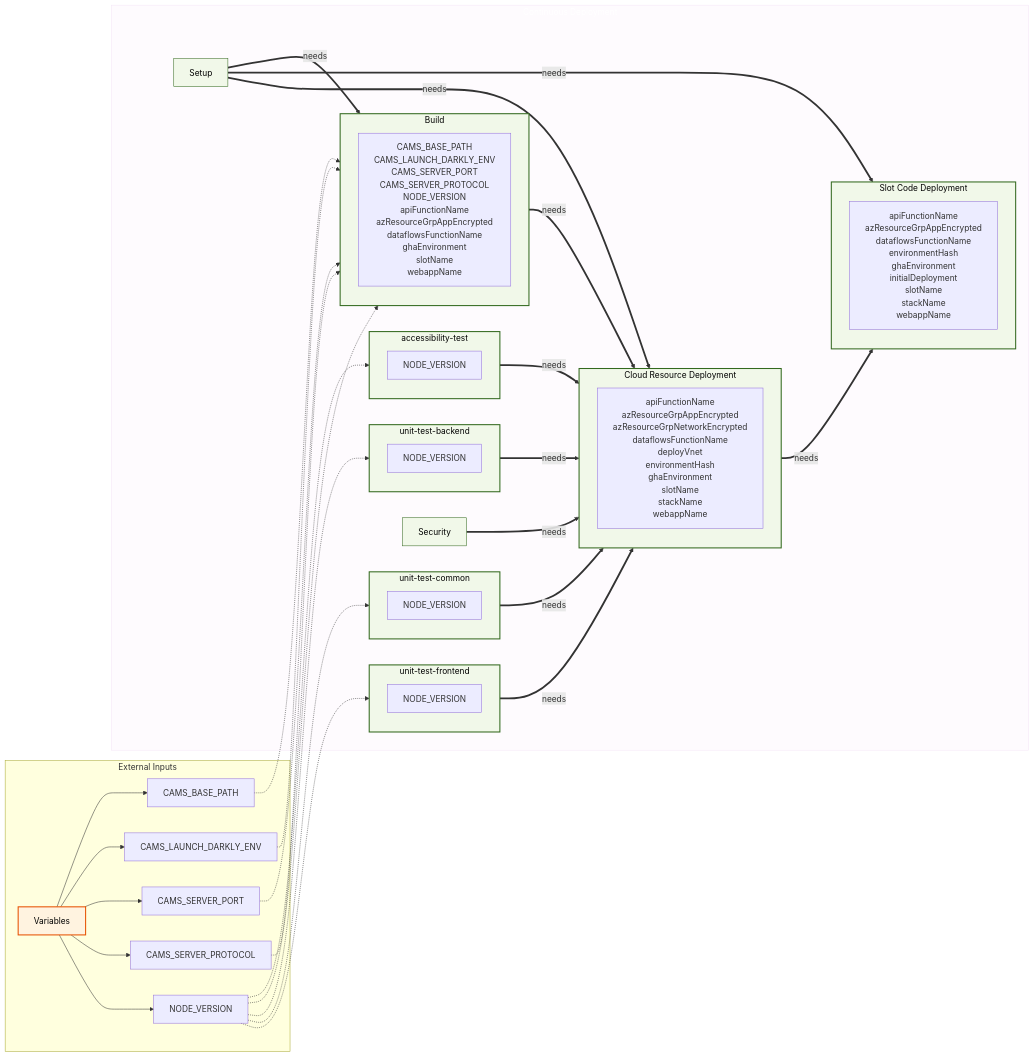
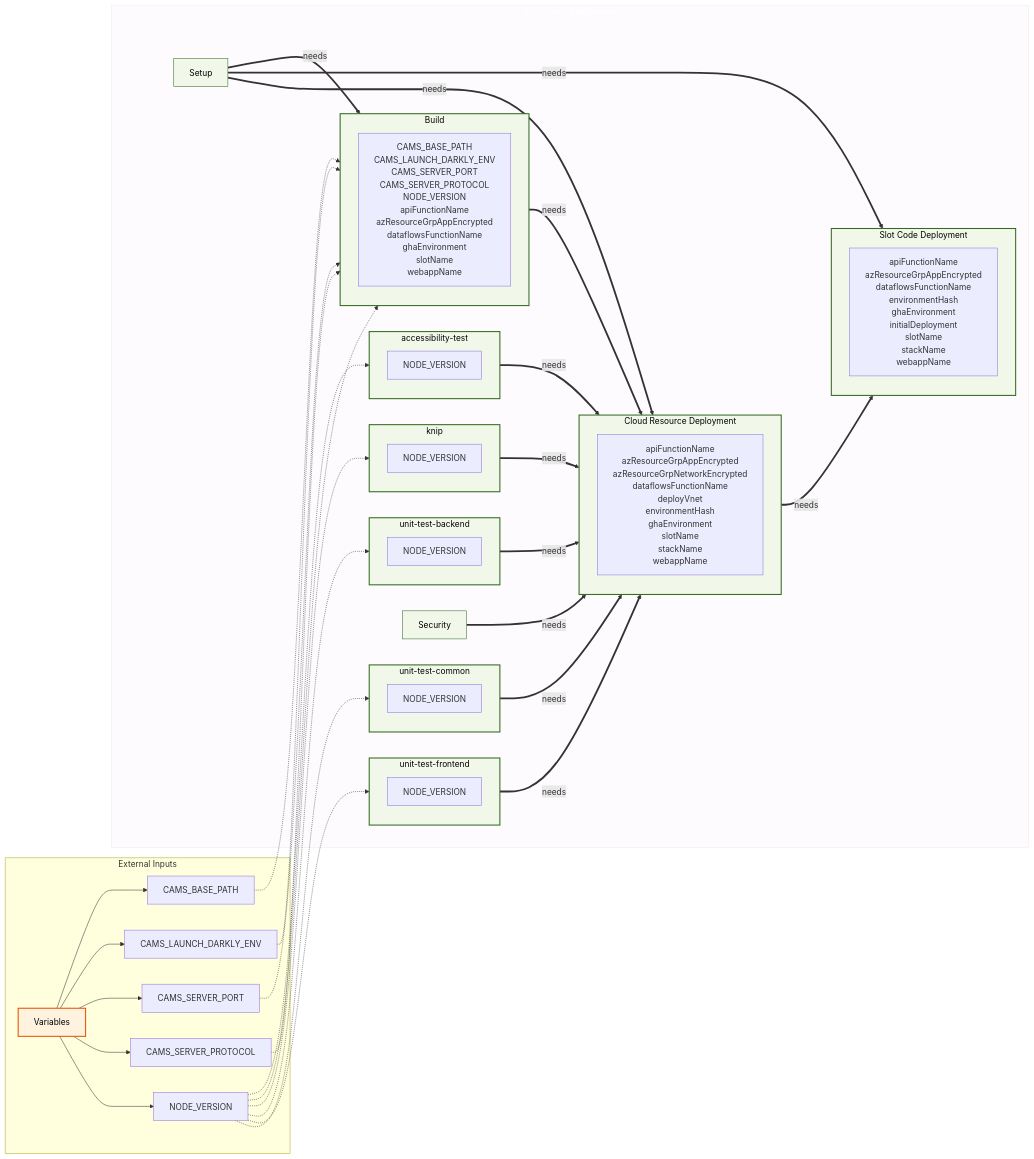
The seventh of 21 diagrams in docs/operations/workflow-diagram.md (US-Trustee-Program/Bankruptcy-Oversight-Support-Systems), drawn with Mermaid before and after one commit. The commit also changed other lines of this file and 3 other files, not shown here.

```diff
--- a/docs/operations/workflow-diagram.md
+++ b/docs/operations/workflow-diagram.md
@@ -294,6 +303,9 @@
         subgraph unit_test_common_subgraph["unit-test-common"]
             unit_test_common_vars["NODE_VERSION"]
         end
+        subgraph knip_subgraph["knip"]
+            knip_vars["NODE_VERSION"]
+        end
         security_scan["Security"]
         subgraph build_subgraph["Build"]
             build_vars["CAMS_BASE_PATH<br/>CAMS_LAUNCH_DARKLY_ENV<br/>CAMS_SERVER_PORT<br/>CAMS_SERVER_PROTOCOL<br/>NODE_VERSION<br/>apiFunctionName<br/>azResourceGrpAppEncrypted<br/>dataflowsFunctionName<br/>ghaEnvironment<br/>slotName<br/>webappName"]
@@ -317,12 +329,14 @@
     Variables_CAMS_SERVER_PROTOCOL -.-> build_subgraph
     Variables_NODE_VERSION -.-> accessibility_test_subgraph
     Variables_NODE_VERSION -.-> build_subgraph
+    Variables_NODE_VERSION -.-> knip_subgraph
     Variables_NODE_VERSION -.-> unit_test_backend_subgraph
     Variables_NODE_VERSION -.-> unit_test_common_subgraph
     Variables_NODE_VERSION -.-> unit_test_frontend_subgraph
     accessibility_test_subgraph ==>|"needs"| deploy_subgraph
     build_subgraph ==>|"needs"| deploy_subgraph
     deploy_subgraph ==>|"needs"| deploy_code_slot_subgraph
+    knip_subgraph ==>|"needs"| deploy_subgraph
     security_scan ==>|"needs"| deploy_subgraph
     setup ==>|"needs"| build_subgraph
     setup ==>|"needs"| deploy_code_slot_subgraph
@@ -341,6 +355,7 @@
     class build_subgraph jobSubgraph
     class deploy_subgraph jobSubgraph
     class deploy_code_slot_subgraph jobSubgraph
+    class knip_subgraph jobSubgraph
     class security_scan job
     class setup job
     class unit_test_backend_subgraph jobSubgraph
```
